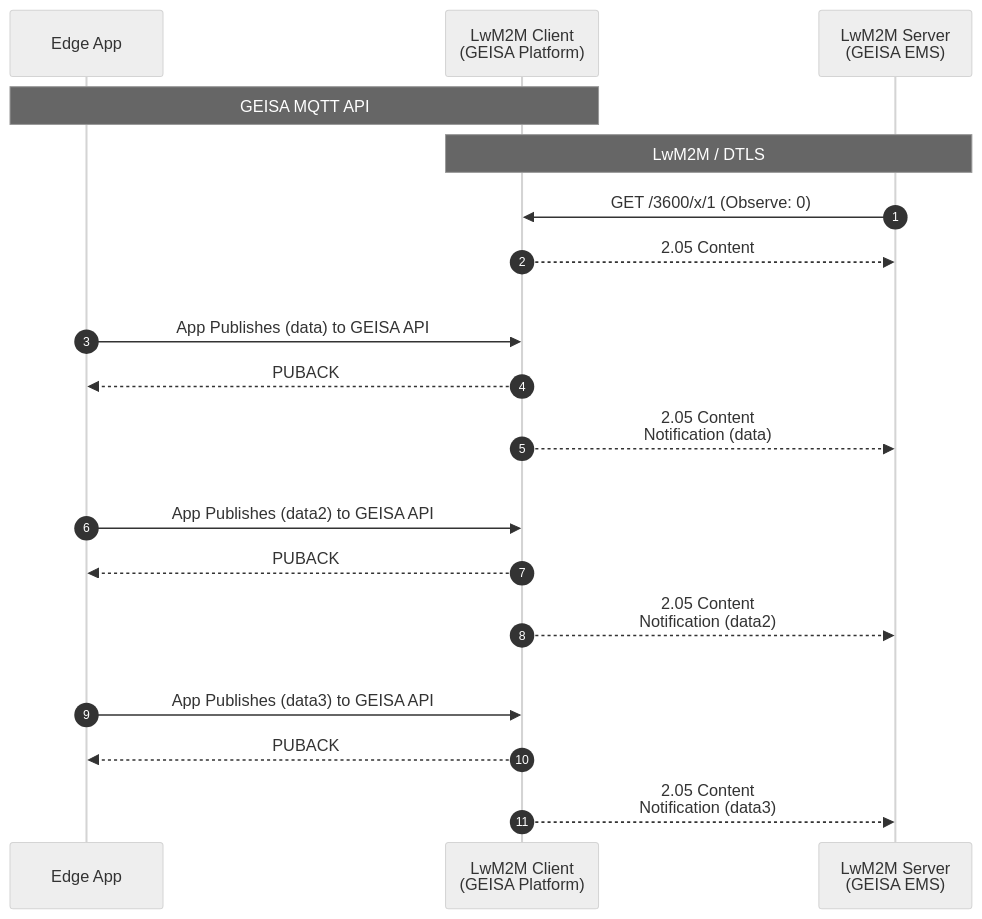
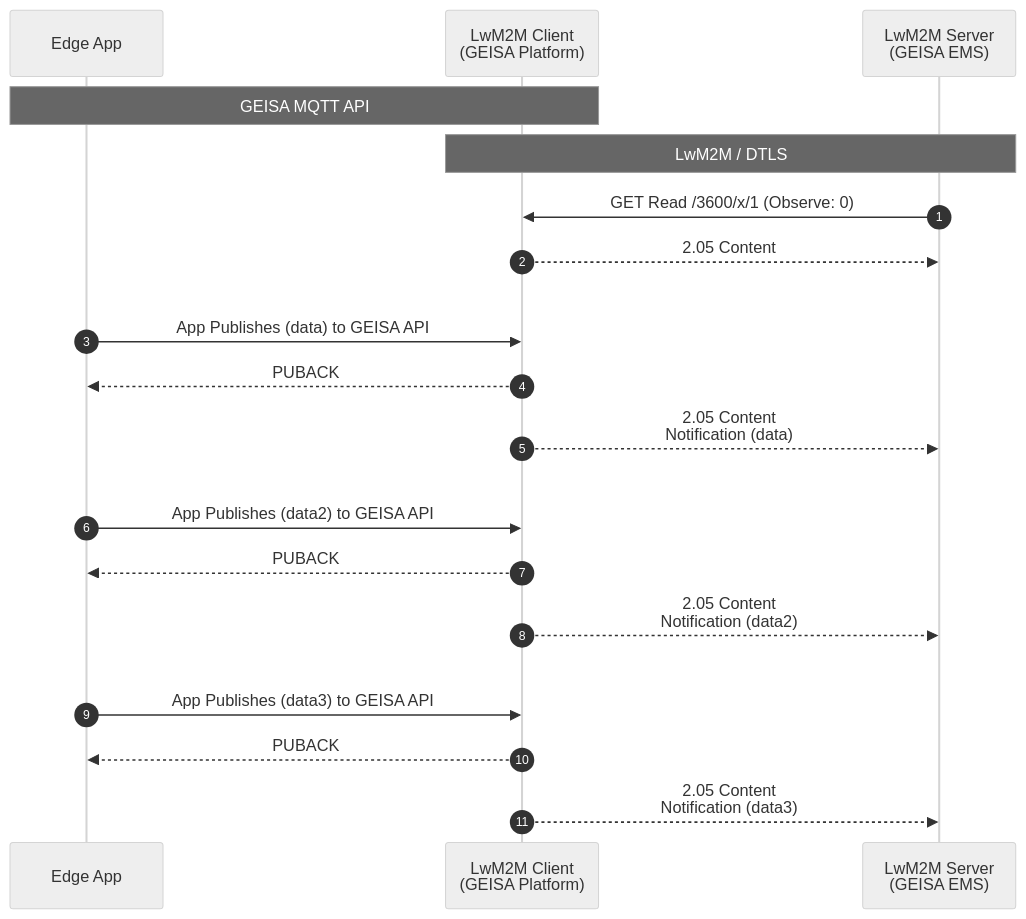
One commit to geisa/specification changed the diagram in source/adm/app-messaging-data.mermaid. Above: the diagram before and after it, drawn with Mermaid.

```diff
--- a/source/adm/app-messaging-data.mermaid
+++ b/source/adm/app-messaging-data.mermaid
@@ -1,38 +1,38 @@
 ---
 config:
   look: classic
   theme: neutral
 ---
 
 %%
 %%  Copyright 2025, Contributors to the Grid Edge Interoperability & Security Alliance (GEISA) a Series of LF Projects, LLC  
 %%  This file is licensed under the Community Specification License 1.0 available at:
 %%  https://github.com/geisa/specification/blob/main/LICENSE.md or
 %%  https://github.com/CommunitySpecification/Community_Specification/blob/main/1._Community_Specification_License-v1.md
 %%
 %%
 
 %%{init: { 'sequence': { 'actorMargin': 150 } } }%%
 
 sequenceDiagram
     autonumber
     participant A as Edge App
     participant C as LwM2M Client<br/>(GEISA Platform)
     participant S as LwM2M Server<br/>(GEISA EMS)
 
     Note over A,C: GEISA MQTT API
     Note over C,S: LwM2M / DTLS                
-    S->>C: GET /3600/x/1 (Observe: 0)
+    S->>C: GET Read /3600/x/1 (Observe: 0)
     C-->>S: 2.05 Content
     
     A->>C: <br/><br/>App Publishes (data) to GEISA API
     C-->>A: PUBACK
     C-->>S: 2.05 Content<br/>Notification (data)
 
     A->>C: <br/><br/>App Publishes (data2) to GEISA API
     C-->>A: PUBACK
     C-->>S: 2.05 Content<br/>Notification (data2)
 
     A->>C: <br/><br/>App Publishes (data3) to GEISA API
     C-->>A: PUBACK
     C-->>S: 2.05 Content<br/>Notification (data3)
```
